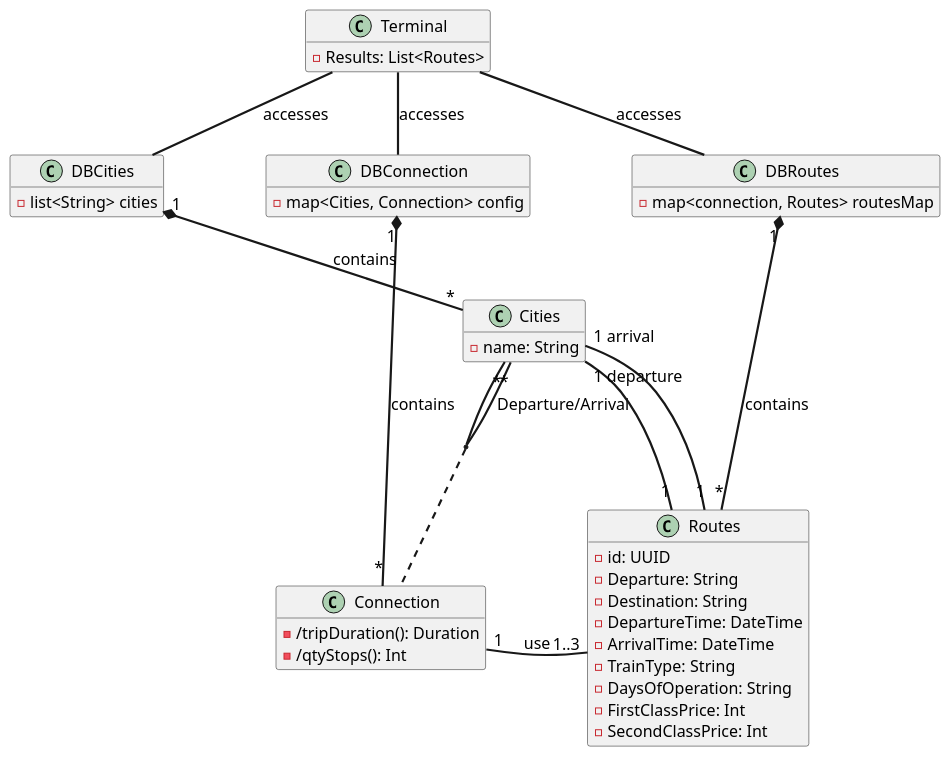
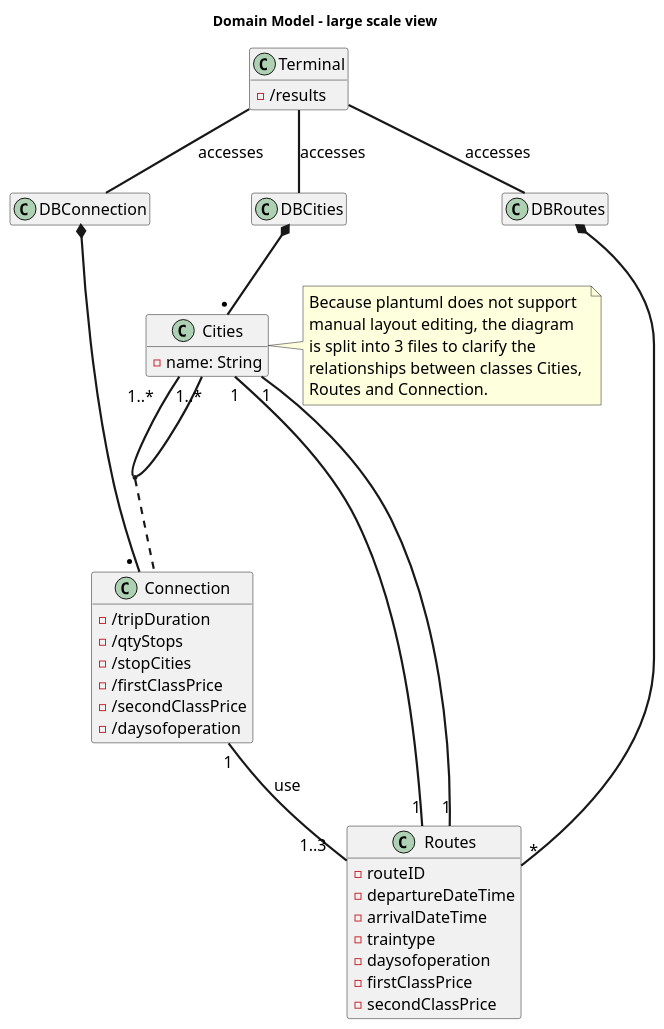
One commit to Cimpo1/SOEN342_2025 changed the diagram in docs/domain.plantuml. Above: the diagram before and after it, drawn with PlantUML. The commit also changed 16 other files, not shown here.

```diff
--- a/docs/domain.plantuml
+++ b/docs/domain.plantuml
@@ -1,83 +1,73 @@
 @startuml Domain Model
 skinparam DefaultFontName Arial
 skinparam DefaultFontSize 16
 skinparam DefaultFontStyle bold
 skinparam ArrowThickness 2.2
+title Domain Model - large scale view
 hide empty members
 
 class "Terminal" as terminal {
-    - Results: List<Routes>
+    - /results
 }
+class "DBRoutes" as DBRoutes {}
+class "DBConnection" as DBConnection {}
+class "DBCities" as DBCities {}
 
 class "Routes" as routes {
-    - id: UUID
-    - Departure: String
-    - Destination: String
-    - DepartureTime: DateTime
-    - ArrivalTime: DateTime
-    - TrainType: String
-    - DaysOfOperation: String
-    - FirstClassPrice: Int
-    - SecondClassPrice: Int
+    - routeID
+    - departureDateTime
+    - arrivalDateTime
+    - traintype
+    - daysofoperation
+    - firstClassPrice
+    - secondClassPrice
 }
-
-
-class "DBRoutes" as DBRoutes {
-    - map<connection, Routes> routesMap
+class "Connection" as connection {
+    - /tripDuration
+    - /qtyStops
+    - /stopCities
+    - /firstClassPrice
+    - /secondClassPrice
+    - /daysofoperation
 }
-class "DBConnection" as DBConnection {
-    - map<Cities, Connection> config
-}
-class "DBCities" as DBCities {
-    - list<String> cities
-}
-
-
-class "Connection" as connection {
-    - /tripDuration(): Duration
-    - /qtyStops(): Int
-}
-
-DBConnection "1" *-- "*" connection : "contains"
-DBCities  "1" *-- "*" cities : "contains"
-
 class "Cities" as cities {
     - name: String
 }
+note right of cities
+    Because plantuml does not support
+    manual layout editing, the diagram
+    is split into 3 files to clarify the
+    relationships between classes Cities, 
+    Routes and Connection.
+end note
 
-cities "*" -- "*" cities : "Departure/Arrival"
 
+
+DBConnection *-- "*  " connection
+DBCities  *-- "* " cities
+DBRoutes  *-- "*" routes
+
+
+
+cities "1..*    " -- "1..*      " cities 
 
 terminal  -- DBRoutes : "accesses"
 
 terminal  -- DBCities : "accesses"
 
 terminal  -- DBConnection : "accesses"
 
-DBCities  -[hidden]> DBConnection : "accesses"
-DBConnection  -[hidden]> DBRoutes : "accesses"
-connection  -[hidden]> routes : "accesses"
-
-DBRoutes "1" *-- "*" routes : "contains"
-
+DBConnection  -[hidden]> DBCities: "accesses"
+DBCities  -[hidden]> DBRoutes: "acces             ses"
+connection  -[hidden]> cities: "accesses"
+cities  -[hidden]> routes: "accesses"
 
 (cities, cities) .. connection
 
-connection "1" -- "1..3" routes : "use"
+connection "1" -- "1..3   " routes : "use"
 
-cities "1 departure" -- "1" routes
+cities "1" -right- "1" routes
 
-cities "1 arrival" -- "1" routes
-
-
-
-
-
-
-
-
-
-
-
+cities "1" -right- "1" routes
 
 @enduml
```
